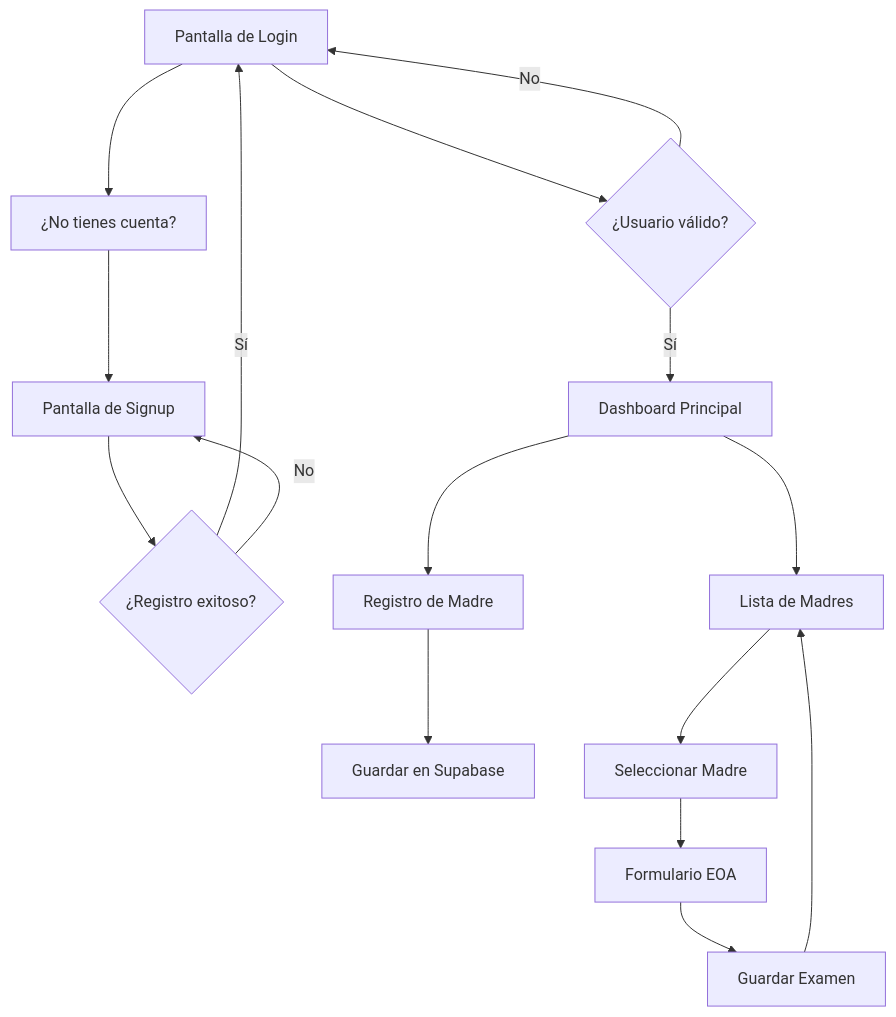
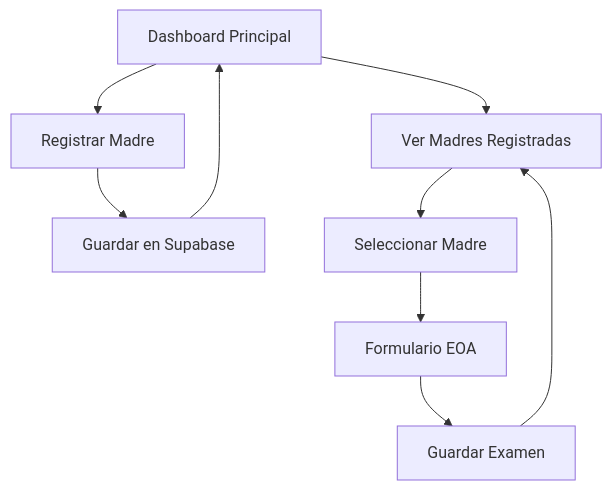
The diagram in README.md (arielefilm95/TAU-HSLB), drawn with Mermaid before and after one commit. The commit also changed other lines of this file and 5 other files, not shown here.

Commit message:
Registrar madre: formato de RUT y campo cantidad de hijos

````diff
--- a/README.md
+++ b/README.md
@@ -91,18 +94,11 @@
 ```mermaid
 graph TD
-    A[Pantalla de Login] --> B{¿Usuario válido?}
-    B -->|Sí| C[Dashboard Principal]
-    B -->|No| A
-    D[Pantalla de Signup] --> E{¿Registro exitoso?}
-    E -->|Sí| A
-    E -->|No| D
-    A --> F[¿No tienes cuenta?]
-    F --> D
-    C --> G[Registro de Madre]
-    C --> H[Lista de Madres]
-    G --> I[Guardar en Supabase]
-    H --> J[Seleccionar Madre]
-    J --> K[Formulario EOA]
-    K --> L[Guardar Examen]
-    L --> H
+    A[Dashboard Principal] --> B[Registrar Madre]
+    A --> C[Ver Madres Registradas]
+    B --> D[Guardar en Supabase]
+    D --> A
+    C --> E[Seleccionar Madre]
+    E --> F[Formulario EOA]
+    F --> G[Guardar Examen]
+    G --> C
 ```
````
